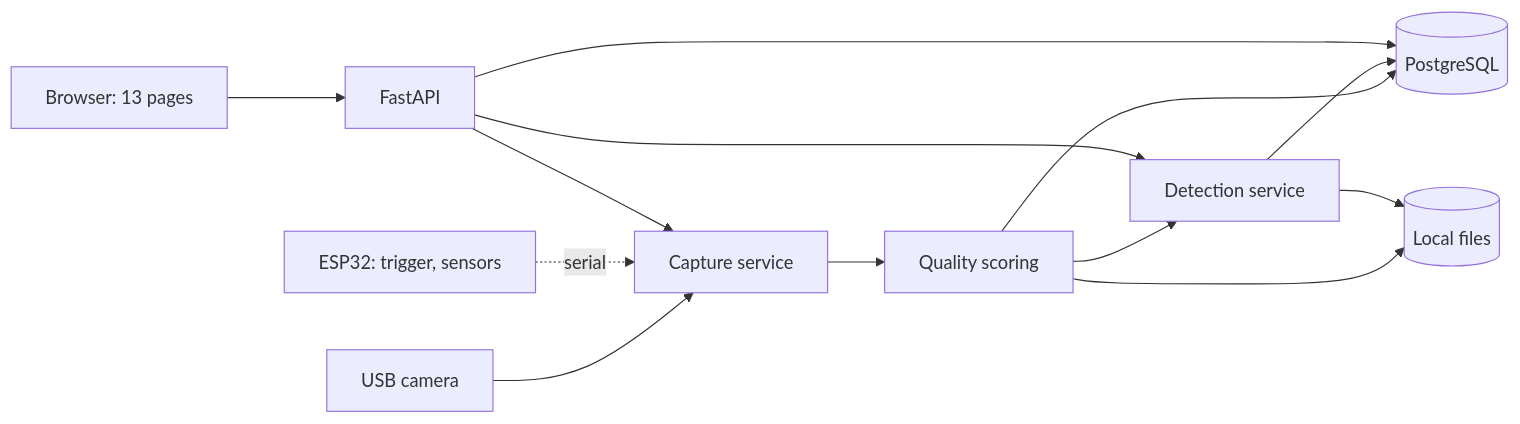
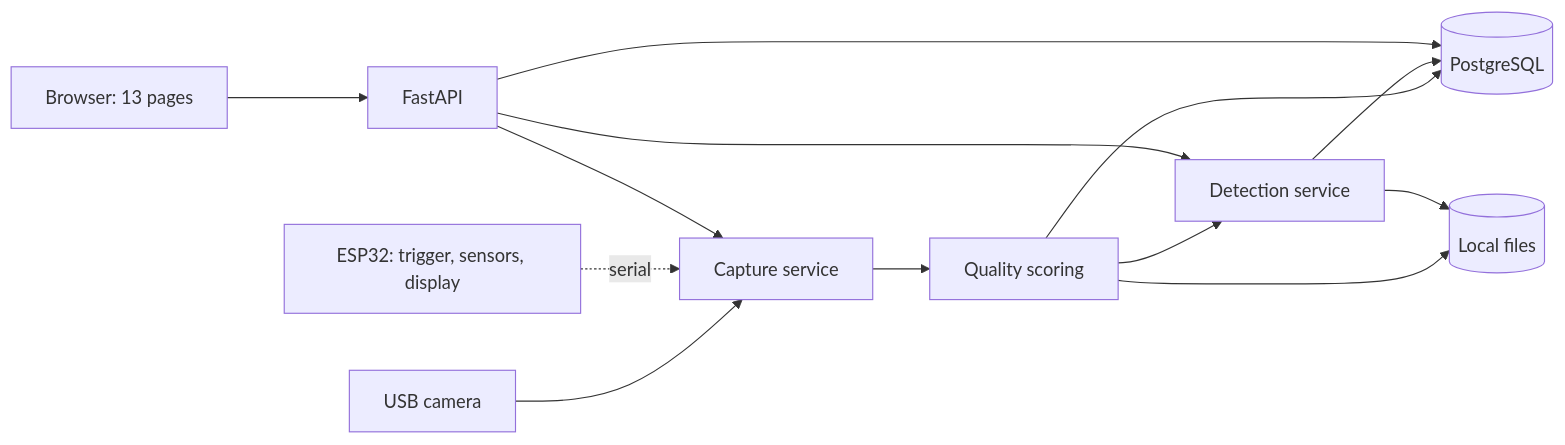
One commit to FrozenYty/aquavision changed the first of 2 diagrams in docs/architecture-en.md. Above: the diagram before and after it, drawn with Mermaid. The commit also changed 10 other files, not shown here.

````diff
--- a/docs/architecture-en.md
+++ b/docs/architecture-en.md
@@ -20,15 +20,15 @@
 ```mermaid
 flowchart LR
     CAM[USB camera] --> CAP[Capture service]
-    MCU[ESP32: trigger, sensors] -. serial .-> CAP
+    MCU[ESP32: trigger, sensors, display] -. serial .-> CAP
     CAP --> Q[Quality scoring]
     Q --> DB[(PostgreSQL)]
     Q --> FS[(Local files)]
     Q --> DET[Detection service]
     DET --> DB
     DET --> FS
     WEB[Browser: 13 pages] --> API[FastAPI]
     API --> CAP
     API --> DET
     API --> DB
 ```
````
